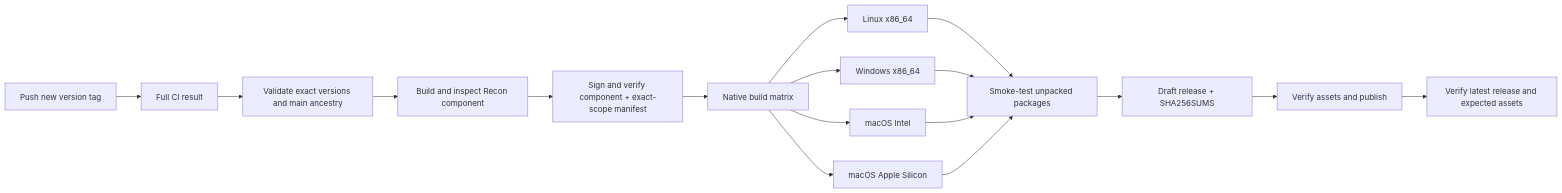
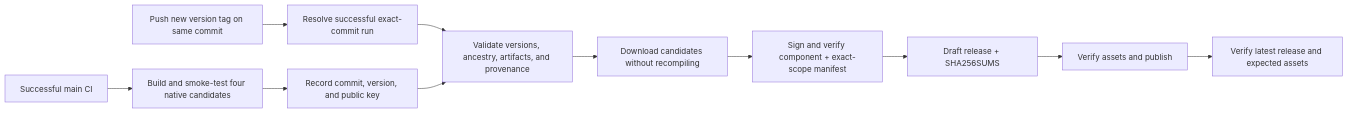
The fourth of 4 diagrams in docs/architecture/PROJECT_FLOW.md (anonto42/poly.glid_security_workspace), drawn with Mermaid before and after one commit. The commit also changed other lines of this file and 9 other files, not shown here.

````diff
--- a/docs/architecture/PROJECT_FLOW.md
+++ b/docs/architecture/PROJECT_FLOW.md
@@ -121,19 +122,13 @@
 ```mermaid
 flowchart LR
-    Tag[Push new version tag] --> CI[Full CI result]
-    CI --> Preflight[Validate exact versions and main ancestry]
-    Preflight --> Plugin[Build and inspect Recon component]
-    Plugin --> Sign[Sign and verify component + exact-scope manifest]
-    Sign --> Matrix[Native build matrix]
-    Matrix --> Linux[Linux x86_64]
-    Matrix --> Windows[Windows x86_64]
-    Matrix --> MacIntel[macOS Intel]
-    Matrix --> MacArm[macOS Apple Silicon]
-    Linux --> Smoke[Smoke-test unpacked packages]
-    Windows --> Smoke
-    MacIntel --> Smoke
-    MacArm --> Smoke
-    Smoke --> Draft[Draft release + SHA256SUMS]
+    Main[Successful main CI] --> Candidates[Build and smoke-test four native candidates]
+    Candidates --> Provenance[Record commit, version, and public key]
+    Tag[Push new version tag on same commit] --> Resolve[Resolve successful exact-commit run]
+    Resolve --> Preflight[Validate versions, ancestry, artifacts, and provenance]
+    Provenance --> Preflight
+    Preflight --> Promote[Download candidates without recompiling]
+    Promote --> Sign[Sign and verify component + exact-scope manifest]
+    Sign --> Draft[Draft release + SHA256SUMS]
     Draft --> Publish[Verify assets and publish]
     Publish --> Website[Verify latest release and expected assets]
 ```
````
